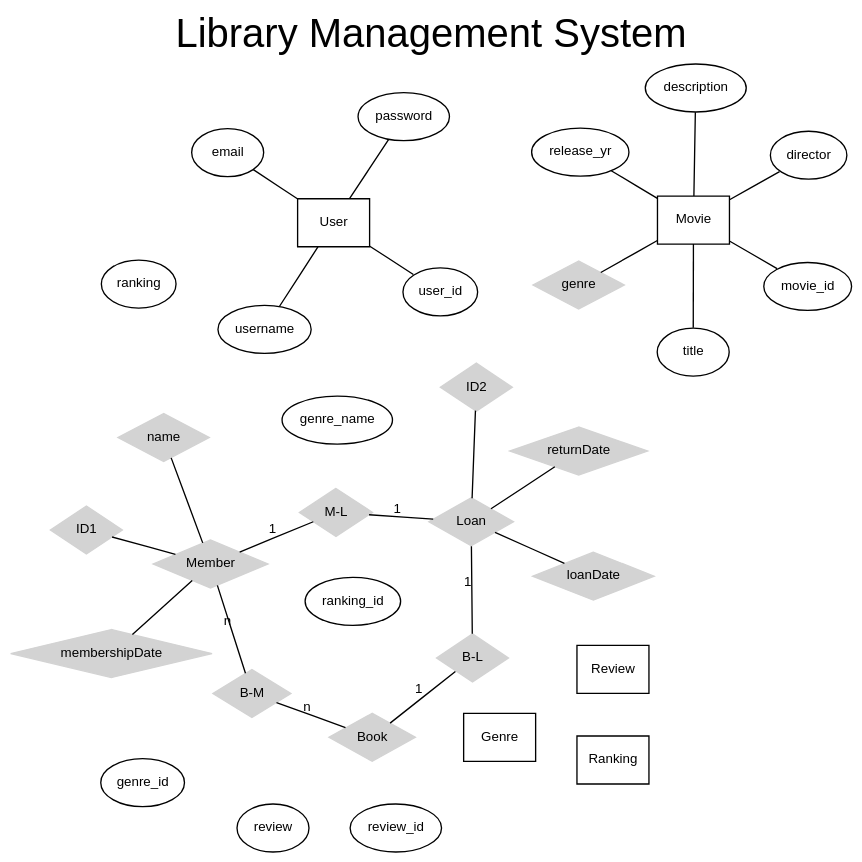
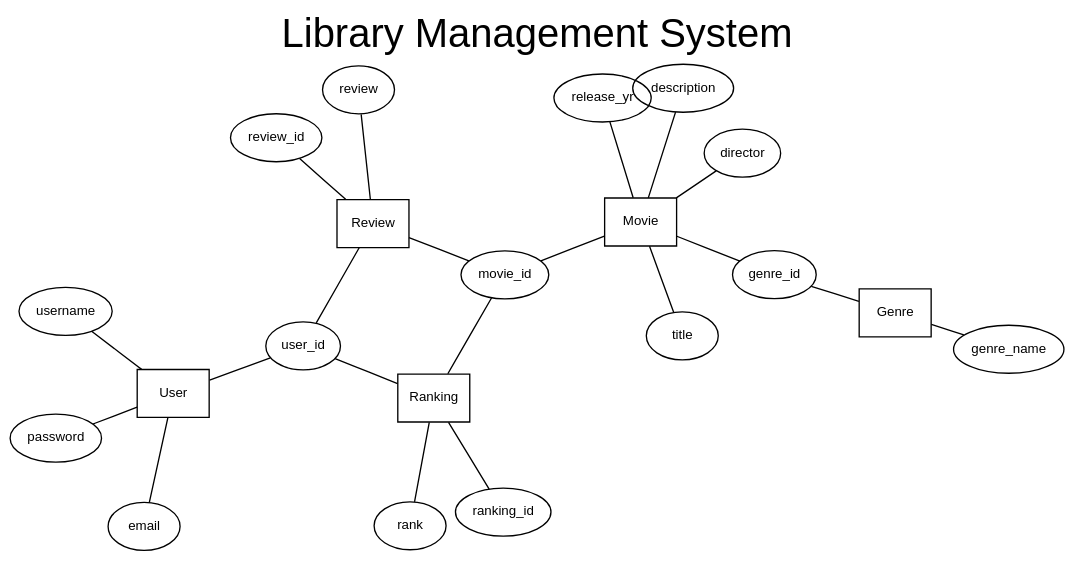
One commit to IsraelaaS/Deliverable_8 changed the diagram in report.qmd. Above: the diagram before and after it, drawn with Graphviz.

Commit message:
Rough Draft for Chen Notation

````diff
--- a/report.qmd
+++ b/report.qmd
@@ -17,61 +17,67 @@
 ```{dot}
 graph ER {
     
     fontname="Helvetica,Arial,sans-serif"
     fontsize=30;  
     label="Library Management System";
     labelloc="t";  
     labeljust="c";
 
     bgcolor=transparent;   
     
     layout=neato  
     scale=1.2    
 
     node [fontname="Helvetica,Arial,sans-serif",fontsize=10]  
 
 
     node [shape=box];
     User; Movie; Genre; Ranking; Review;
     node [shape=ellipse];
-    user_id; username; email; password; movie_id; title; release_yr; director; description; genre_id; genre_name; ranking_id; ranking; review_id; review;
+    user_id; username; email; password; movie_id; title; release_yr; director; description; genre_id; genre_name; ranking_id; rank; review_id; review;
     
     node [shape=diamond,style=filled,color=lightgrey]; 
     
 
     
     edge [fontname="Helvetica,Arial,sans-serif",fontsize=10] 
 
     user_id -- User;
     username -- User;
     email --User;
     password--User;
 
     movie_id -- Movie;
     title--Movie;
     release_yr --Movie;
     director--Movie;
     description --Movie;
-    genre--Movie;
+    genre_id--Movie; //need to show foreign key
+
+    genre_id--Genre;
+    genre_name--Genre;
+
+    ranking_id -- Ranking;
+    user_id--Ranking; //foreign key
+    movie_id--Ranking; //foreign key
+    rank--Ranking;
+
+    review_id--Review;
+    user_id--Review; //foreign key
+    movie_id--Review; //foreign Key
+    review --Review;
+
+
+
+    // Book -- "B-M" [label="n"];
+    // "B-M" -- Member [label="n"];
     
+    // Book --"B-L" [label="1"];
+    // Loan--"B-L" [label="1"];
 
-    ID1 --Member;
-    membershipDate-- Member;
-    name --Member;
-
-    ID2 --Loan;
-    loanDate --Loan;
-    returnDate -- Loan;
-
-    Book -- "B-M" [label="n"];
-    "B-M" -- Member [label="n"];
-    
-    Book --"B-L" [label="1"];
-    Loan--"B-L" [label="1"];
-
-    Member--"M-L"[label="1"];
-    "M-L"--Loan [label="1"];
+    // Member--"M-L"[label="1"];
+    // "M-L"--Loan [label="1"];
 
 }
 
 ```
````
